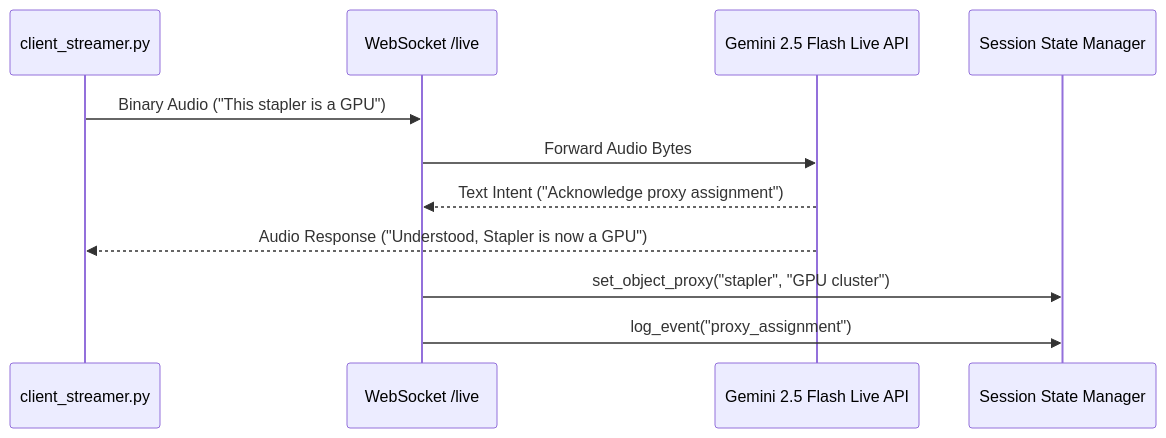
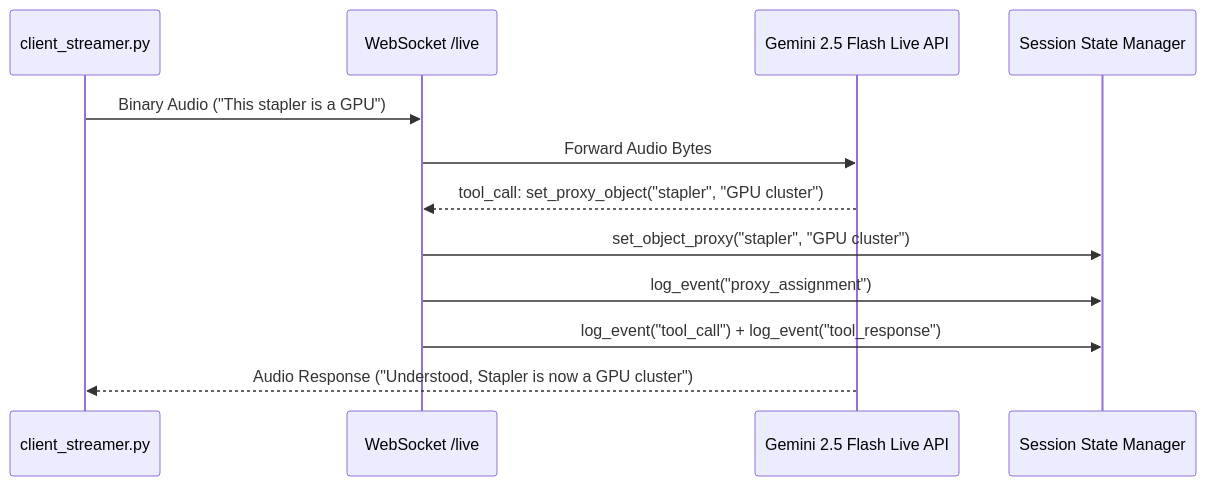
Before and after one commit to ithllc/FUSE: the fifth of 7 diagrams in docs/architecture/MULTIMODAL_WORKFLOWS.md, drawn with Mermaid. The commit also changed other lines of this file and 4 other files, not shown here.

````diff
--- a/docs/architecture/MULTIMODAL_WORKFLOWS.md
+++ b/docs/architecture/MULTIMODAL_WORKFLOWS.md
@@ -87,14 +127,15 @@
 ```mermaid
 sequenceDiagram
     participant Client as client_streamer.py
     participant Server as WebSocket /live
     participant GeminiLive as Gemini 2.5 Flash Live API
     participant Redis as Session State Manager
 
     Client->>Server: Binary Audio ("This stapler is a GPU")
     Server->>GeminiLive: Forward Audio Bytes
-    GeminiLive-->>Server: Text Intent ("Acknowledge proxy assignment")
-    GeminiLive-->>Client: Audio Response ("Understood, Stapler is now a GPU")
+    GeminiLive-->>Server: tool_call: set_proxy_object("stapler", "GPU cluster")
     Server->>Redis: set_object_proxy("stapler", "GPU cluster")
     Server->>Redis: log_event("proxy_assignment")
+    Server->>Redis: log_event("tool_call") + log_event("tool_response")
+    GeminiLive-->>Client: Audio Response ("Understood, Stapler is now a GPU cluster")
 ```
````
